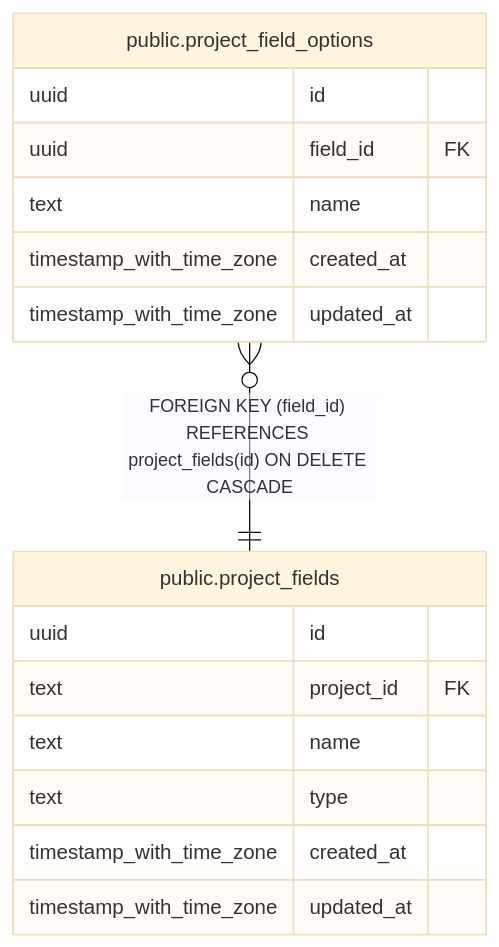
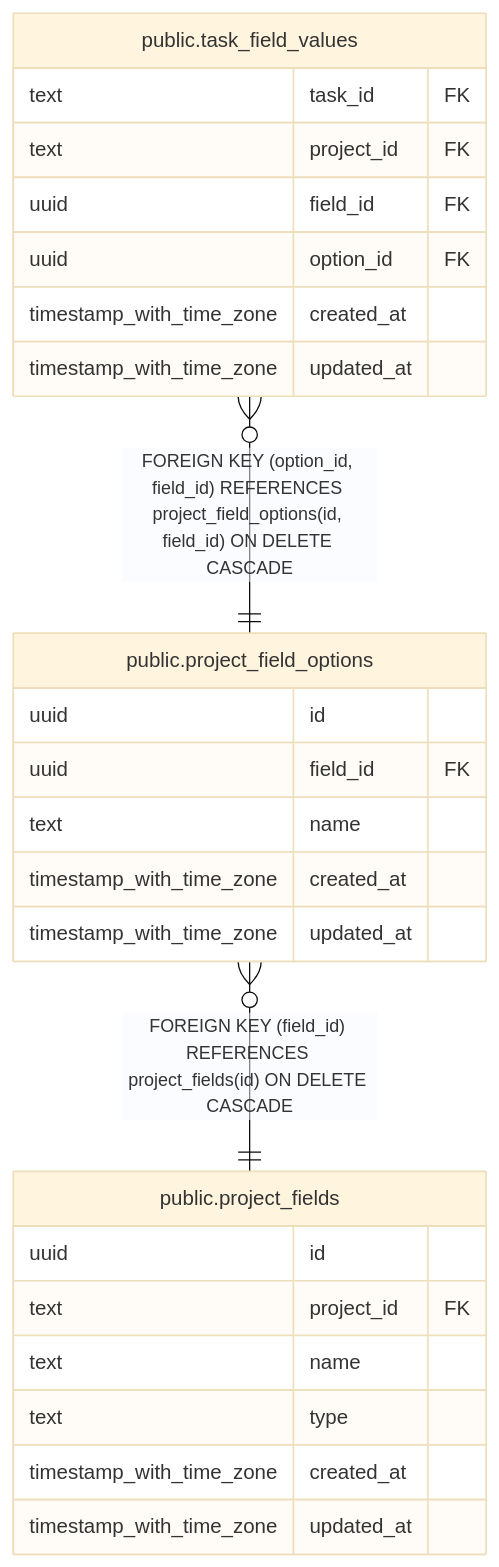
Before and after one commit to fohte/tq: the diagram in api/docs/db/public.project_field_options.md, drawn with Mermaid (base theme). The commit also changed other lines of this file and 53 other files, not shown here.

````diff
--- a/api/docs/db/public.project_field_options.md
+++ b/api/docs/db/public.project_field_options.md
@@ -41,21 +41,30 @@
 ```mermaid
 erDiagram
 
+"public.task_field_values" }o--|| "public.project_field_options" : "FOREIGN KEY (option_id, field_id) REFERENCES project_field_options(id, field_id) ON DELETE CASCADE"
 "public.project_field_options" }o--|| "public.project_fields" : "FOREIGN KEY (field_id) REFERENCES project_fields(id) ON DELETE CASCADE"
 
 "public.project_field_options" {
   uuid id
   uuid field_id FK
   text name
+  timestamp_with_time_zone created_at
+  timestamp_with_time_zone updated_at
+}
+"public.task_field_values" {
+  text task_id FK
+  text project_id FK
+  uuid field_id FK
+  uuid option_id FK
   timestamp_with_time_zone created_at
   timestamp_with_time_zone updated_at
 }
 "public.project_fields" {
   uuid id
   text project_id FK
   text name
   text type
   timestamp_with_time_zone created_at
   timestamp_with_time_zone updated_at
 }
 ```
````
